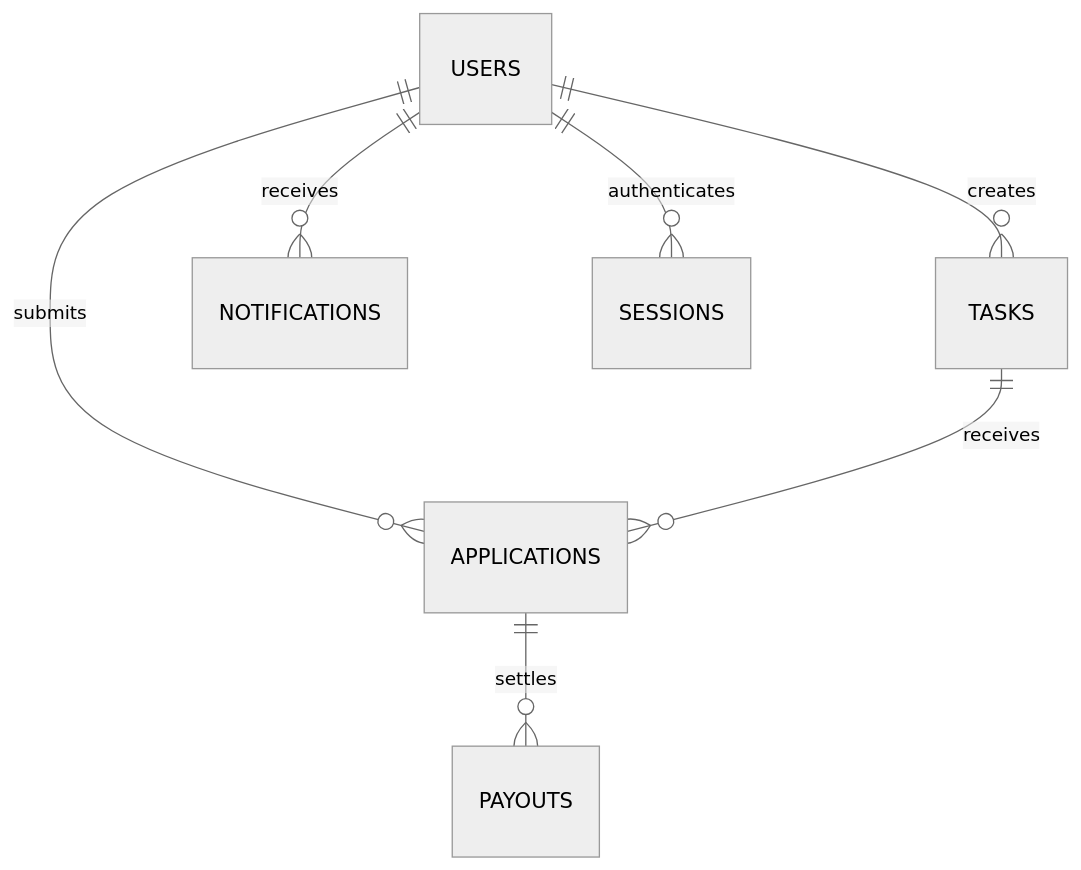
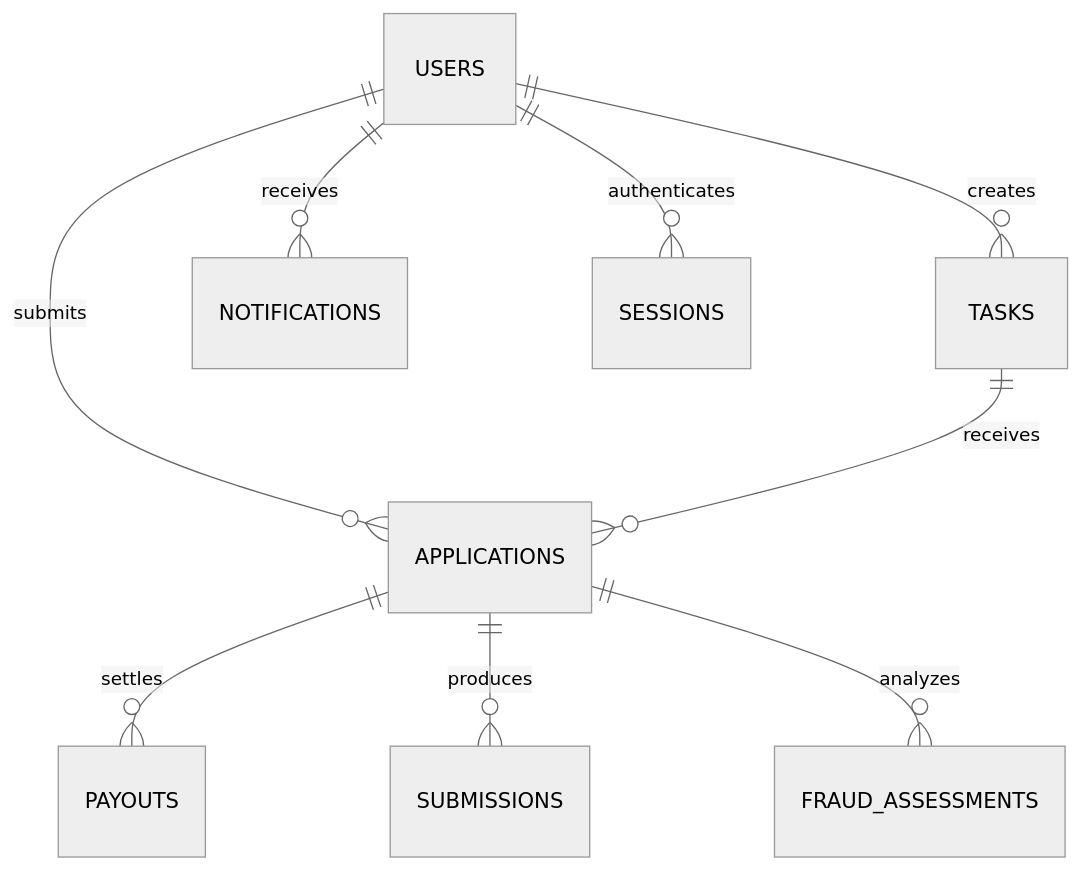
The second of 3 diagrams in docs/ARCHITECTURE.md (Paulo-byt/nano-task-marketplace), drawn with Mermaid (neutral theme) before and after one commit. The commit also changed other lines of this file, not shown here.

Commit message:
Fix: update architecture documentation

````diff
--- a/docs/ARCHITECTURE.md
+++ b/docs/ARCHITECTURE.md
@@ -83,9 +87,11 @@
 ```mermaid
 erDiagram
   USERS ||--o{ TASKS : creates
   USERS ||--o{ APPLICATIONS : submits
   TASKS ||--o{ APPLICATIONS : receives
   APPLICATIONS ||--o{ PAYOUTS : settles
+  APPLICATIONS ||--o{ SUBMISSIONS : produces
+  APPLICATIONS ||--o{ FRAUD_ASSESSMENTS : analyzes
   USERS ||--o{ NOTIFICATIONS : receives
   USERS ||--o{ SESSIONS : authenticates
 ```
````
